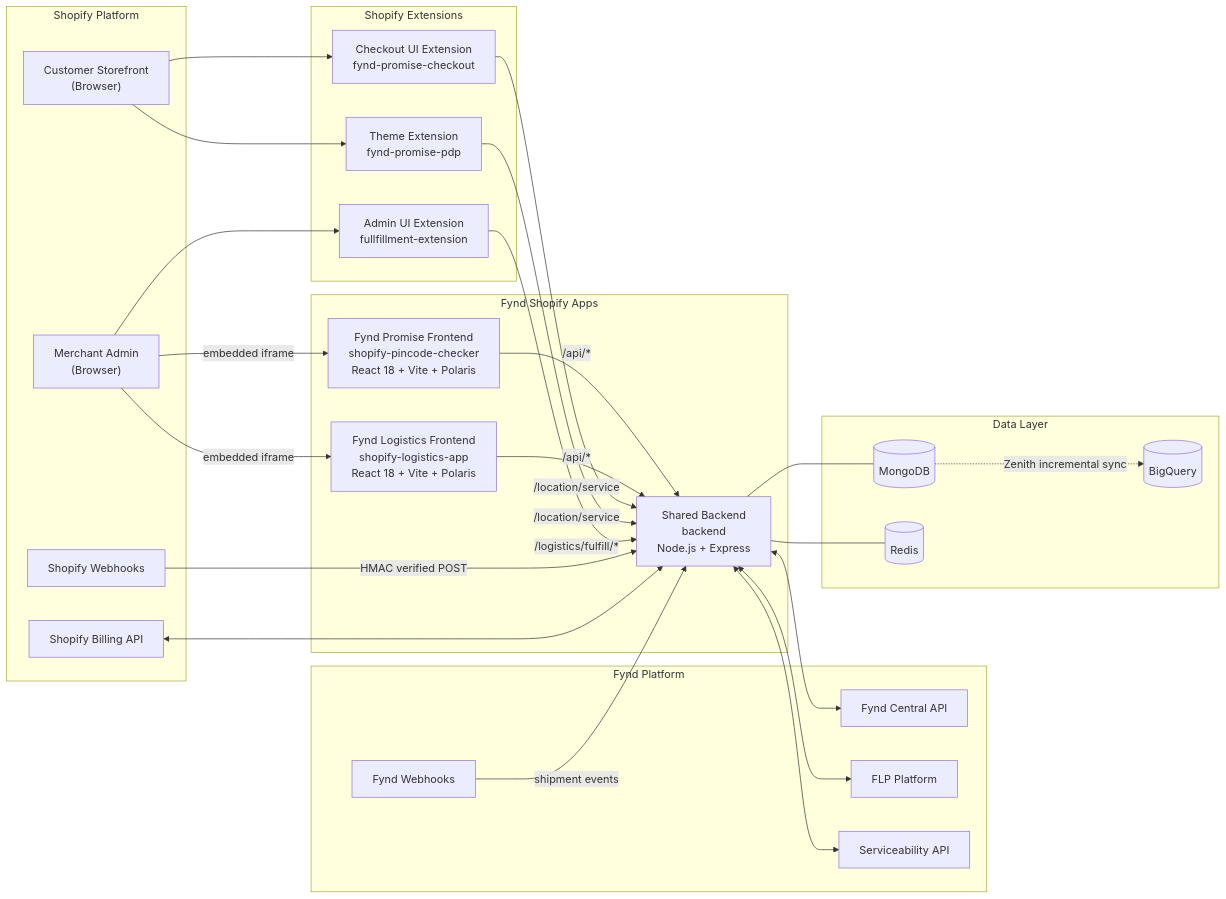
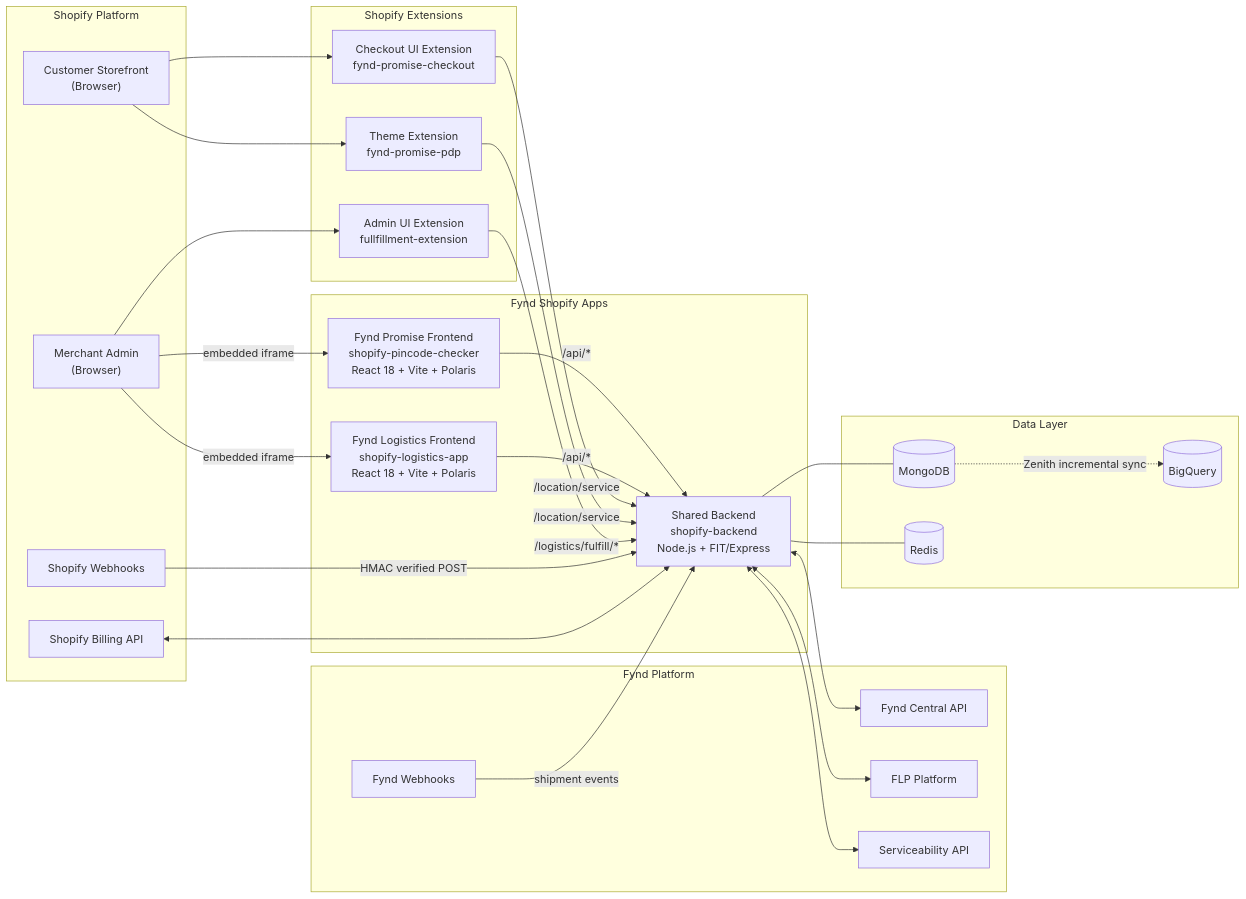
The diagram in docs/02-architecture/system-overview.md (princesaliya4922/fynd-logistics-docs), drawn with Mermaid before and after one commit. The commit also changed other lines of this file and 48 other files, not shown here.

````diff
--- a/docs/02-architecture/system-overview.md
+++ b/docs/02-architecture/system-overview.md
@@ -18,58 +18,58 @@
 ```mermaid
 graph LR
     subgraph Shopify["Shopify Platform"]
         SAdmin["Merchant Admin<br/>(Browser)"]
         SStorefront["Customer Storefront<br/>(Browser)"]
         SWebhooks["Shopify Webhooks"]
         SBillingAPI["Shopify Billing API"]
     end
 
     subgraph Apps["Fynd Shopify Apps"]
         PromiseFE["Fynd Promise Frontend<br/>shopify-pincode-checker<br/>React 18 + Vite + Polaris"]
         LogisticsFE["Fynd Logistics Frontend<br/>shopify-logistics-app<br/>React 18 + Vite + Polaris"]
-        Backend["Shared Backend<br/>backend<br/>Node.js + Express"]
+        Backend["Shared Backend<br/>shopify-backend<br/>Node.js + FIT/Express"]
     end
 
     subgraph Extensions["Shopify Extensions"]
         CheckoutExt["Checkout UI Extension<br/>fynd-promise-checkout"]
         PDPExt["Theme Extension<br/>fynd-promise-pdp"]
         OrderBlockExt["Admin UI Extension<br/>fullfillment-extension"]
     end
 
     subgraph Fynd["Fynd Platform"]
         Central["Fynd Central API"]
         FLP["FLP Platform"]
         ServiceAPI["Serviceability API"]
         FDKWebhooks["Fynd Webhooks"]
     end
 
     subgraph Data["Data Layer"]
         Mongo[("MongoDB")]
         Redis[("Redis")]
         BQ[("BigQuery")]
     end
 
     SAdmin -->|embedded iframe| PromiseFE
     SAdmin -->|embedded iframe| LogisticsFE
     SStorefront --> CheckoutExt
     SStorefront --> PDPExt
     SAdmin --> OrderBlockExt
 
     PromiseFE -->|/api/*| Backend
     LogisticsFE -->|/api/*| Backend
     CheckoutExt -->|/location/service| Backend
     PDPExt -->|/location/service| Backend
     OrderBlockExt -->|/logistics/fulfill/*| Backend
 
     SWebhooks -->|HMAC verified POST| Backend
     SBillingAPI <--> Backend
 
     Backend <--> Central
     Backend <--> FLP
     Backend <--> ServiceAPI
     FDKWebhooks -->|shipment events| Backend
 
     Backend --- Mongo
     Backend --- Redis
     Mongo -.->|Zenith incremental sync| BQ
 ```
````
